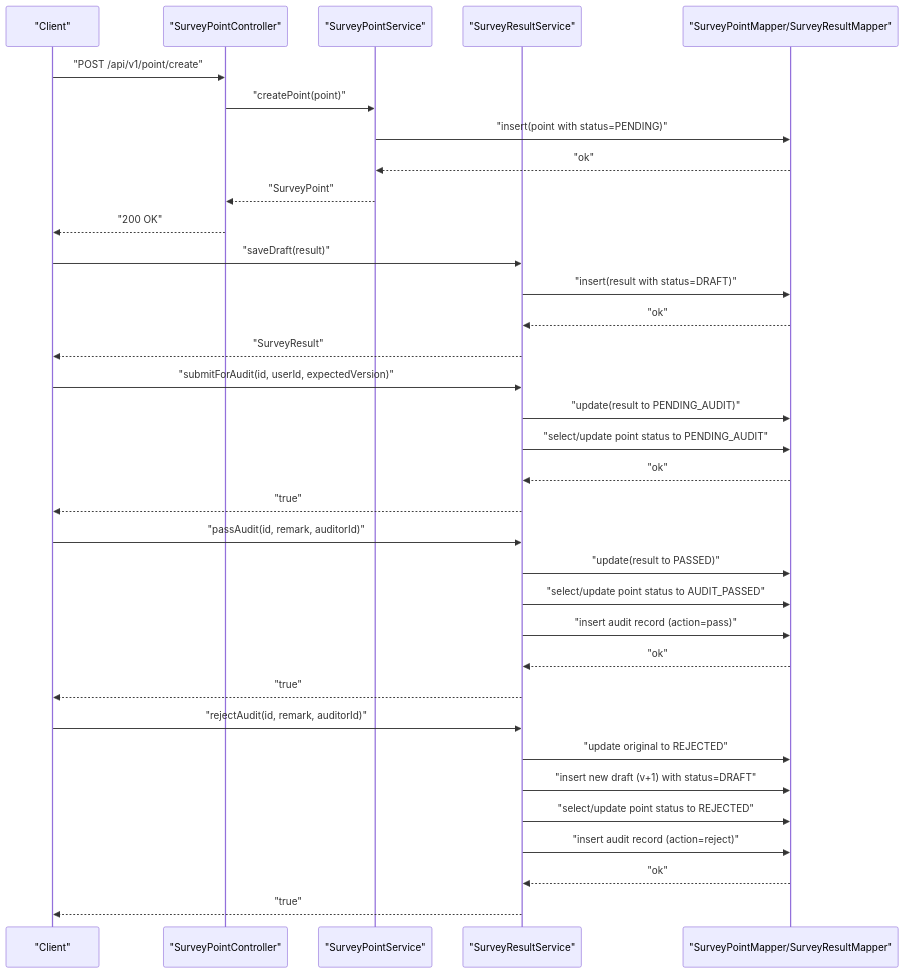
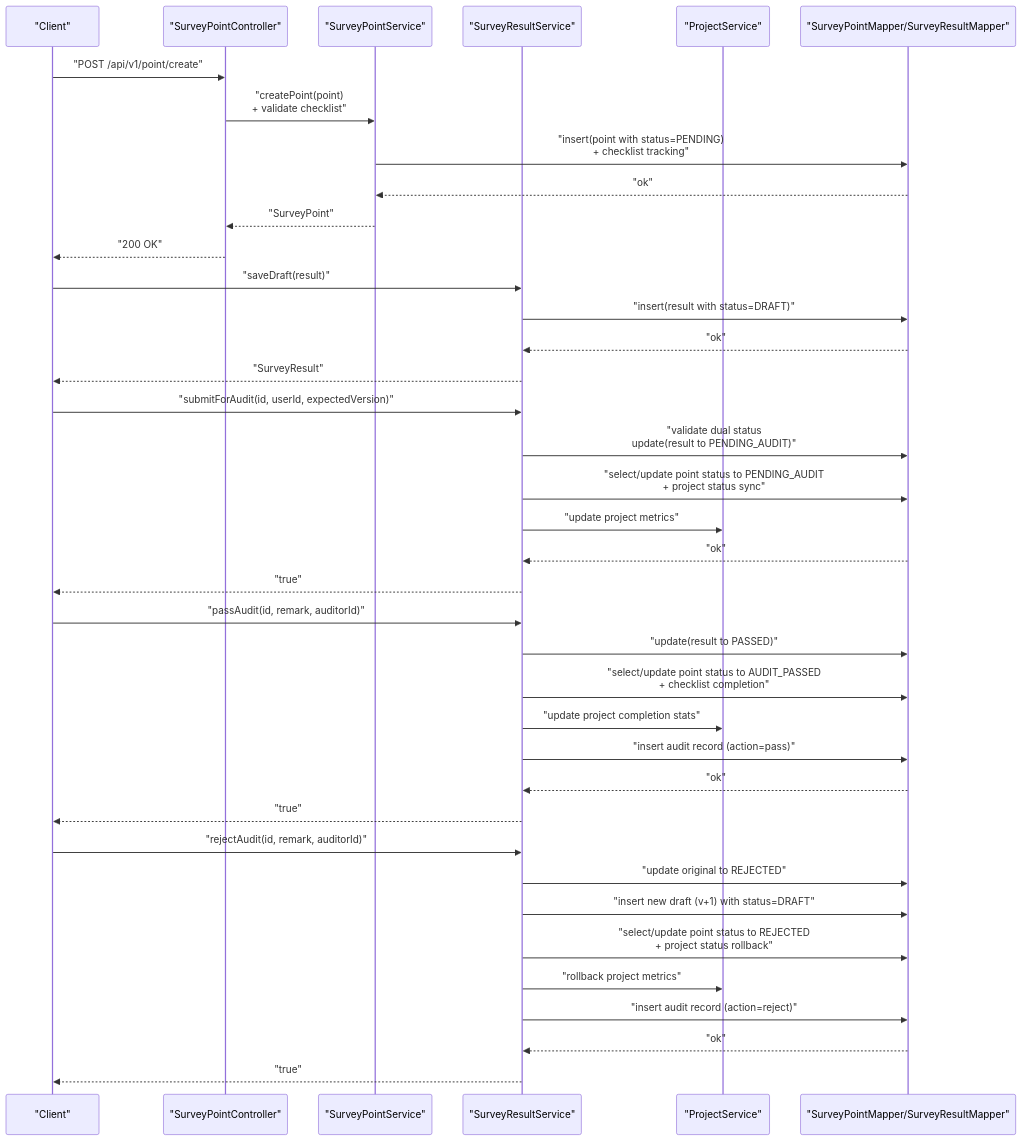
One commit to bo961386926/Survey-App changed the second of 4 diagrams in .qoder/repowiki/en/content/Survey Point Management/Status Workflow & Lifecycle Management.md. Above: the diagram before and after it, drawn with Mermaid. The commit also changed other lines of this file and 7 other files, not shown here.

````diff
--- a/.qoder/repowiki/en/content/Survey Point Management/Status Workflow & Lifecycle Management.md
+++ b/.qoder/repowiki/en/content/Survey Point Management/Status Workflow & Lifecycle Management.md
@@ -116,36 +143,40 @@
 ```mermaid
 sequenceDiagram
 participant Client as "Client"
 participant Controller as "SurveyPointController"
 participant PointSvc as "SurveyPointService"
 participant ResultSvc as "SurveyResultService"
+participant ProjectSvc as "ProjectService"
 participant Mapper as "SurveyPointMapper/SurveyResultMapper"
 Client->>Controller : "POST /api/v1/point/create"
-Controller->>PointSvc : "createPoint(point)"
-PointSvc->>Mapper : "insert(point with status=PENDING)"
+Controller->>PointSvc : "createPoint(point)<br/>+ validate checklist"
+PointSvc->>Mapper : "insert(point with status=PENDING)<br/>+ checklist tracking"
 Mapper-->>PointSvc : "ok"
 PointSvc-->>Controller : "SurveyPoint"
 Controller-->>Client : "200 OK"
 Client->>ResultSvc : "saveDraft(result)"
 ResultSvc->>Mapper : "insert(result with status=DRAFT)"
 Mapper-->>ResultSvc : "ok"
 ResultSvc-->>Client : "SurveyResult"
 Client->>ResultSvc : "submitForAudit(id, userId, expectedVersion)"
-ResultSvc->>Mapper : "update(result to PENDING_AUDIT)"
-ResultSvc->>Mapper : "select/update point status to PENDING_AUDIT"
+ResultSvc->>Mapper : "validate dual status<br/>update(result to PENDING_AUDIT)"
+ResultSvc->>Mapper : "select/update point status to PENDING_AUDIT<br/>+ project status sync"
+ResultSvc->>ProjectSvc : "update project metrics"
 Mapper-->>ResultSvc : "ok"
 ResultSvc-->>Client : "true"
 Client->>ResultSvc : "passAudit(id, remark, auditorId)"
 ResultSvc->>Mapper : "update(result to PASSED)"
-ResultSvc->>Mapper : "select/update point status to AUDIT_PASSED"
+ResultSvc->>Mapper : "select/update point status to AUDIT_PASSED<br/>+ checklist completion"
+ResultSvc->>ProjectSvc : "update project completion stats"
 ResultSvc->>Mapper : "insert audit record (action=pass)"
 Mapper-->>ResultSvc : "ok"
 ResultSvc-->>Client : "true"
 Client->>ResultSvc : "rejectAudit(id, remark, auditorId)"
 ResultSvc->>Mapper : "update original to REJECTED"
 ResultSvc->>Mapper : "insert new draft (v+1) with status=DRAFT"
-ResultSvc->>Mapper : "select/update point status to REJECTED"
+ResultSvc->>Mapper : "select/update point status to REJECTED<br/>+ project status rollback"
+ResultSvc->>ProjectSvc : "rollback project metrics"
 ResultSvc->>Mapper : "insert audit record (action=reject)"
 Mapper-->>ResultSvc : "ok"
 ResultSvc-->>Client : "true"
 ```
````
